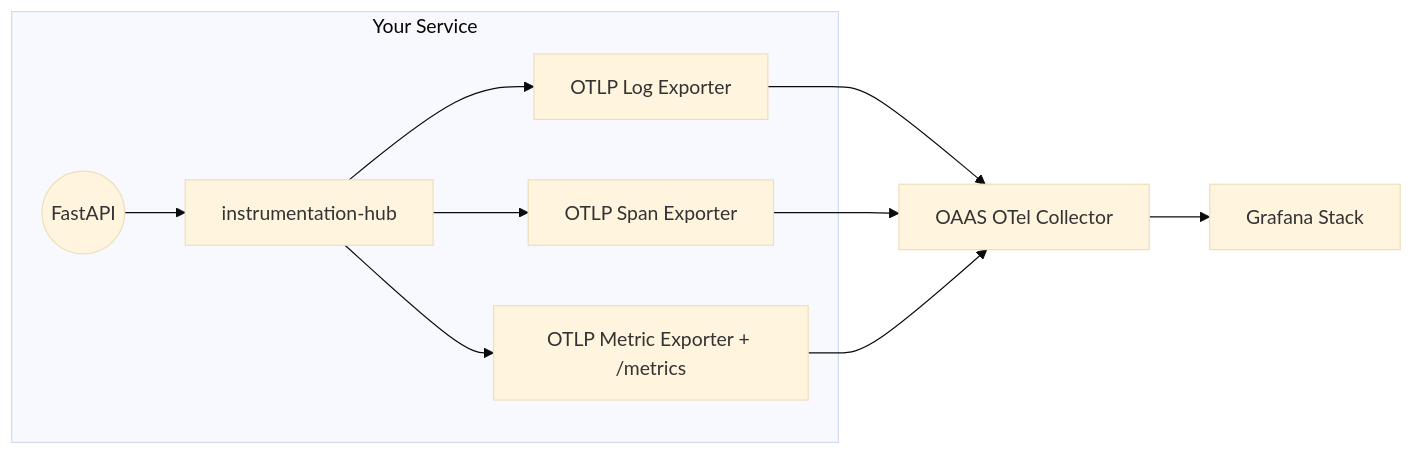
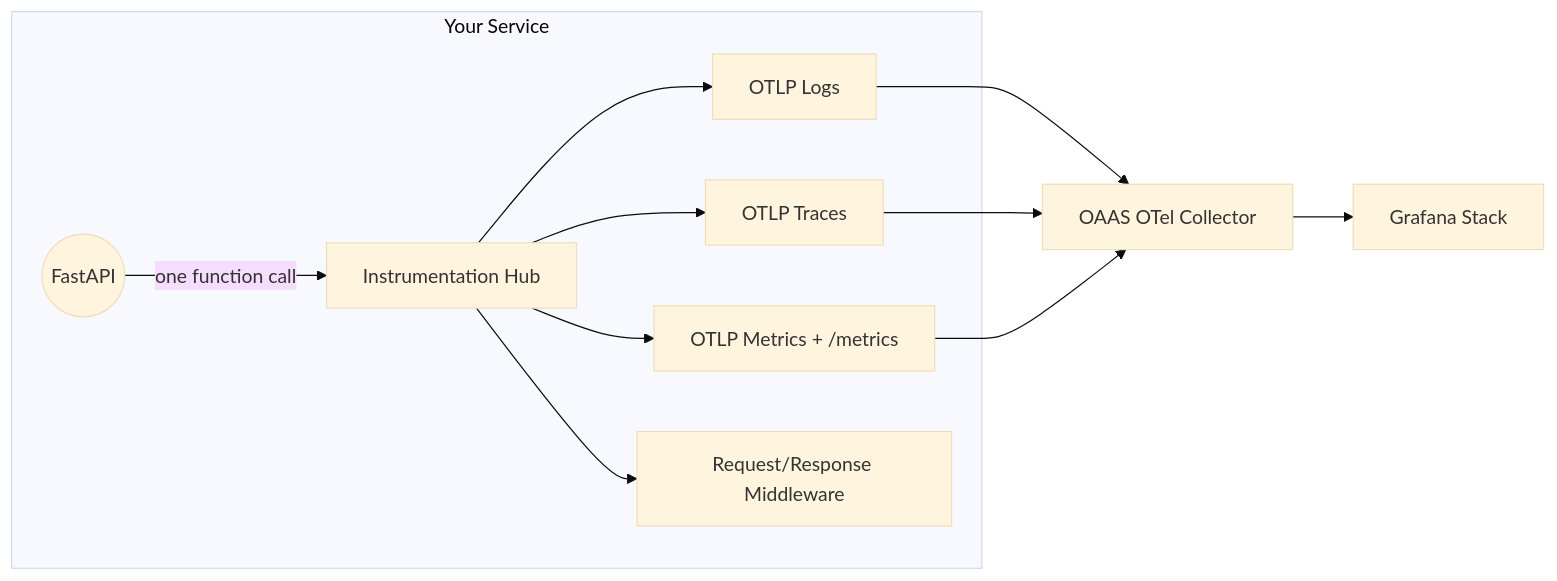
Before and after one commit to vyavasthita/instrumentation-hub: the diagram in README.md, drawn with Mermaid (base theme). The commit also changed other lines of this file, not shown here.

````diff
--- a/README.md
+++ b/README.md
@@ -12,13 +14,14 @@
 ```mermaid
 flowchart LR
     subgraph Your Service
-        App((FastAPI)) --> IH[instrumentation-hub]
-        IH --> Logs[OTLP Log Exporter]
-        IH --> Traces[OTLP Span Exporter]
-        IH --> Metrics[OTLP Metric Exporter + /metrics]
+        App((FastAPI)) -- one function call --> IH[Instrumentation Hub]
+        IH --> Logs[OTLP Logs]
+        IH --> Traces[OTLP Traces]
+        IH --> Metrics[OTLP Metrics + /metrics]
+        IH --> MW[Request/Response Middleware]
     end
     Logs --> Collector[OAAS OTel Collector]
     Traces --> Collector
     Metrics --> Collector
     Collector --> Grafana[Grafana Stack]
 ```
````
